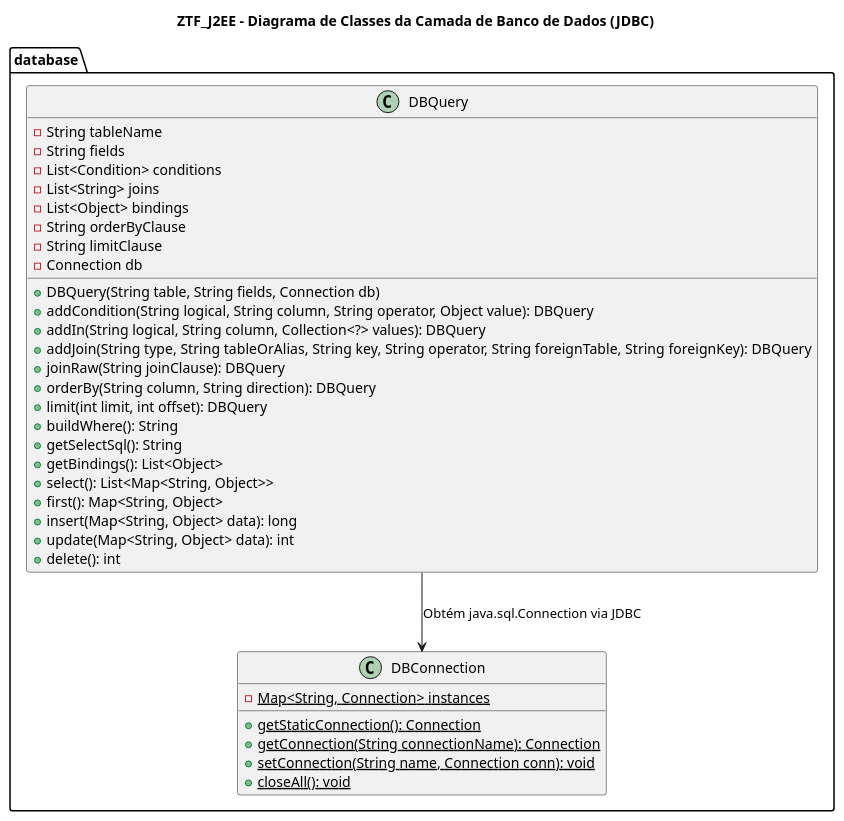
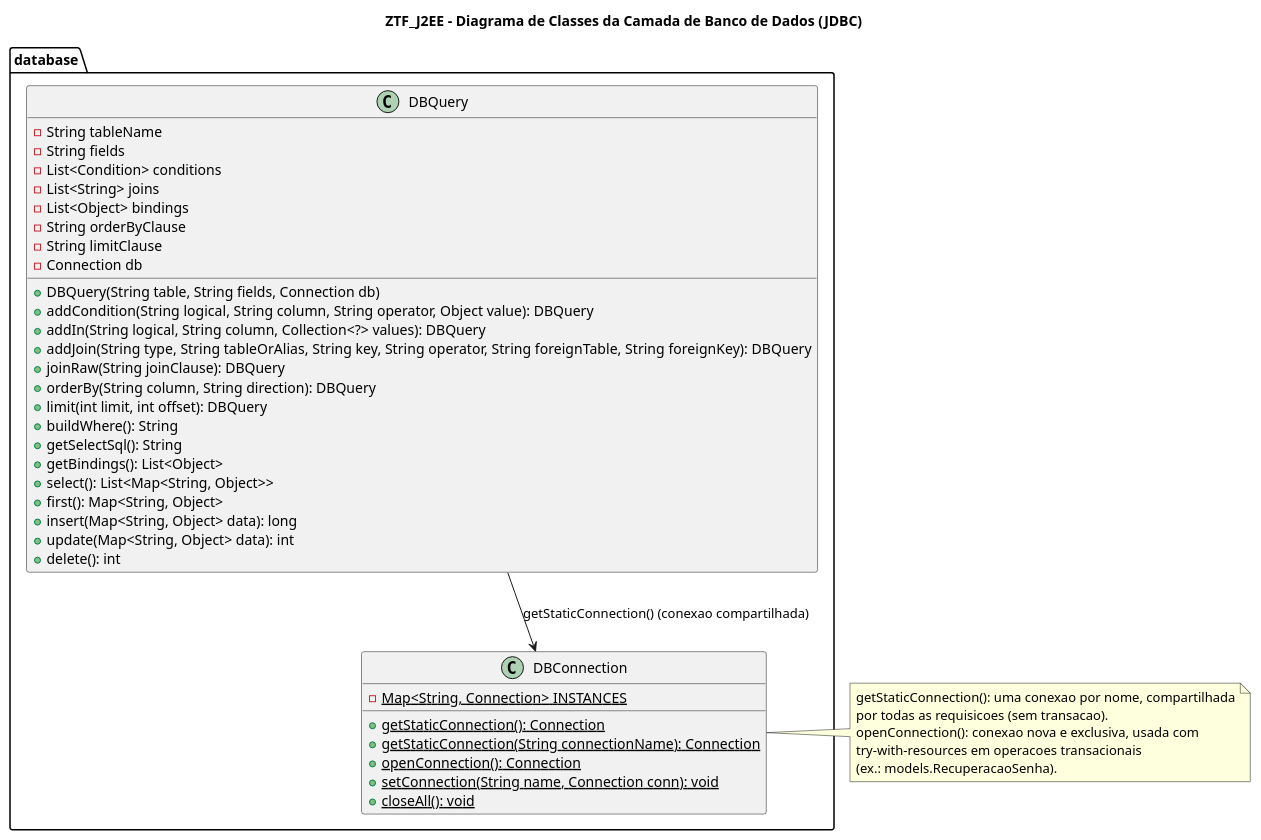
The diagram in src/main/webapp/WEB-INF/documentation/DBQuery.puml (roobertoAlves/hospital-case-backend), drawn with PlantUML before and after one commit. The commit also changed 11 other files, not shown here.

First line of the commit message:
docs: atualiza PlantUML, manual e README para recuperacao por token e banco hospital

```diff
--- a/src/main/webapp/WEB-INF/documentation/DBQuery.puml
+++ b/src/main/webapp/WEB-INF/documentation/DBQuery.puml
@@ -1,41 +1,50 @@
 @startuml DBQuery
 title ZTF_J2EE - Diagrama de Classes da Camada de Banco de Dados (JDBC)
 
 package "database" {
     class DBConnection {
-        - {static} Map<String, Connection> instances
+        - {static} Map<String, Connection> INSTANCES
         + {static} getStaticConnection(): Connection
-        + {static} getConnection(String connectionName): Connection
+        + {static} getStaticConnection(String connectionName): Connection
+        + {static} openConnection(): Connection
         + {static} setConnection(String name, Connection conn): void
         + {static} closeAll(): void
     }
 
     class DBQuery {
         - String tableName
         - String fields
         - List<Condition> conditions
         - List<String> joins
         - List<Object> bindings
         - String orderByClause
         - String limitClause
         - Connection db
         + DBQuery(String table, String fields, Connection db)
         + addCondition(String logical, String column, String operator, Object value): DBQuery
         + addIn(String logical, String column, Collection<?> values): DBQuery
         + addJoin(String type, String tableOrAlias, String key, String operator, String foreignTable, String foreignKey): DBQuery
         + joinRaw(String joinClause): DBQuery
         + orderBy(String column, String direction): DBQuery
         + limit(int limit, int offset): DBQuery
         + buildWhere(): String
         + getSelectSql(): String
         + getBindings(): List<Object>
         + select(): List<Map<String, Object>>
         + first(): Map<String, Object>
         + insert(Map<String, Object> data): long
         + update(Map<String, Object> data): int
         + delete(): int
     }
 }
 
-DBQuery --> DBConnection : Obtém java.sql.Connection via JDBC
+DBQuery --> DBConnection : getStaticConnection() (conexao compartilhada)
+
+note right of DBConnection
+  getStaticConnection(): uma conexao por nome, compartilhada
+  por todas as requisicoes (sem transacao).
+  openConnection(): conexao nova e exclusiva, usada com
+  try-with-resources em operacoes transacionais
+  (ex.: models.RecuperacaoSenha).
+end note
 @enduml
```
